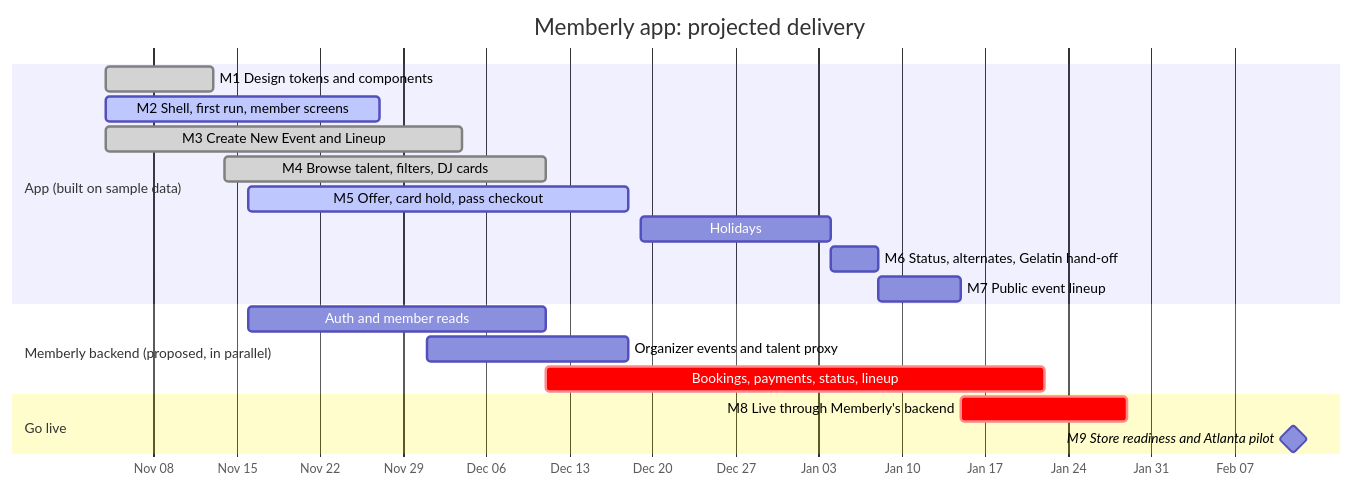
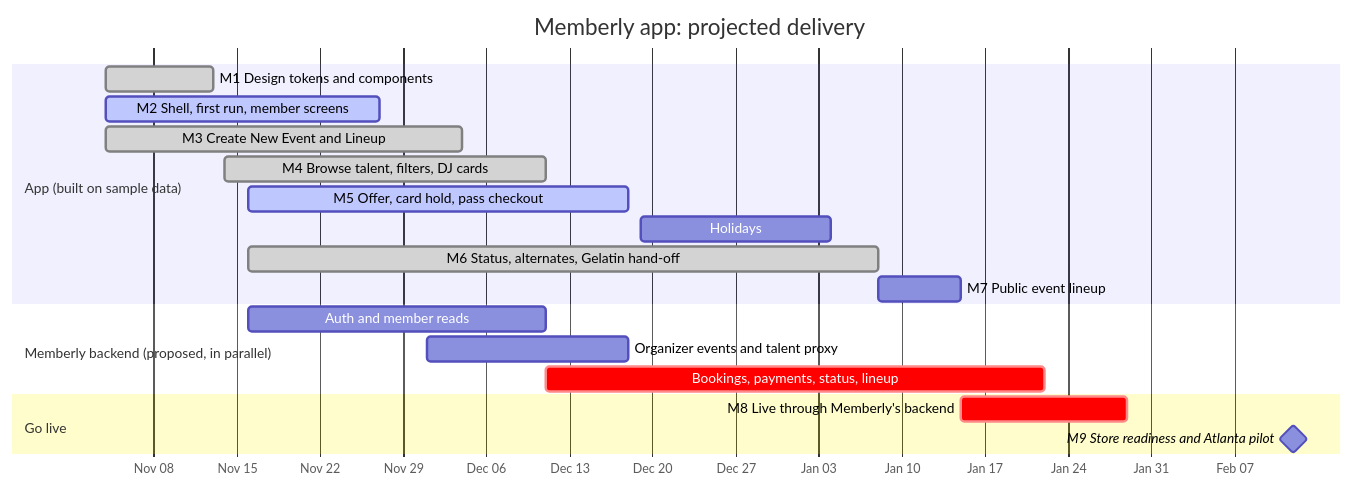
The diagram in README.md (gelatinbookings/memberlyapp), drawn with Mermaid before and after one commit. The commit also changed other lines of this file and 139 other files, not shown here.

````diff
--- a/README.md
+++ b/README.md
@@ -31,26 +31,26 @@
 ```mermaid
 gantt
     title Memberly app: projected delivery
     dateFormat YYYY-MM-DD
     axisFormat %b %d
     todayMarker stroke-width:3px,stroke:#9333EA
 
     section App (built on sample data)
     M1 Design tokens and components          :done,   m1, 2026-11-04, 2026-11-13
     M2 Shell, first run, member screens      :active, m2, 2026-11-04, 2026-11-27
     M3 Create New Event and Lineup           :done,   m3, 2026-11-04, 2026-12-04
     M4 Browse talent, filters, DJ cards      :done,   m4, 2026-11-14, 2026-12-11
     M5 Offer, card hold, pass checkout       :active, m5, 2026-11-16, 2026-12-18
     Holidays                                 :        hol, 2026-12-19, 2027-01-04
-    M6 Status, alternates, Gelatin hand-off  :        m6, 2027-01-04, 2027-01-08
+    M6 Status, alternates, Gelatin hand-off  :done,   m6, 2026-11-16, 2027-01-08
     M7 Public event lineup                   :        m7, 2027-01-08, 2027-01-15
 
     section Memberly backend (proposed, in parallel)
     Auth and member reads                    :        b1, 2026-11-16, 2026-12-11
     Organizer events and talent proxy        :        b2, 2026-12-01, 2026-12-18
     Bookings, payments, status, lineup       :crit,   b3, 2026-12-11, 2027-01-22
 
     section Go live
     M8 Live through Memberly's backend       :crit,   m8, 2027-01-15, 2027-01-29
     M9 Store readiness and Atlanta pilot     :milestone, m9, 2027-02-12, 0d
 ```
````
